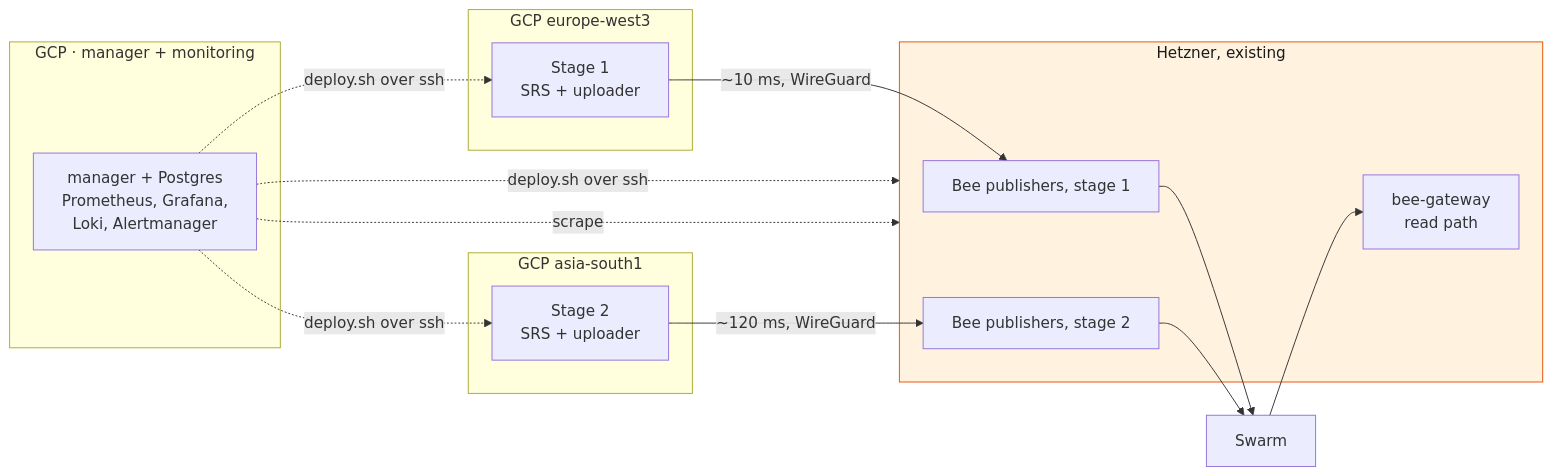
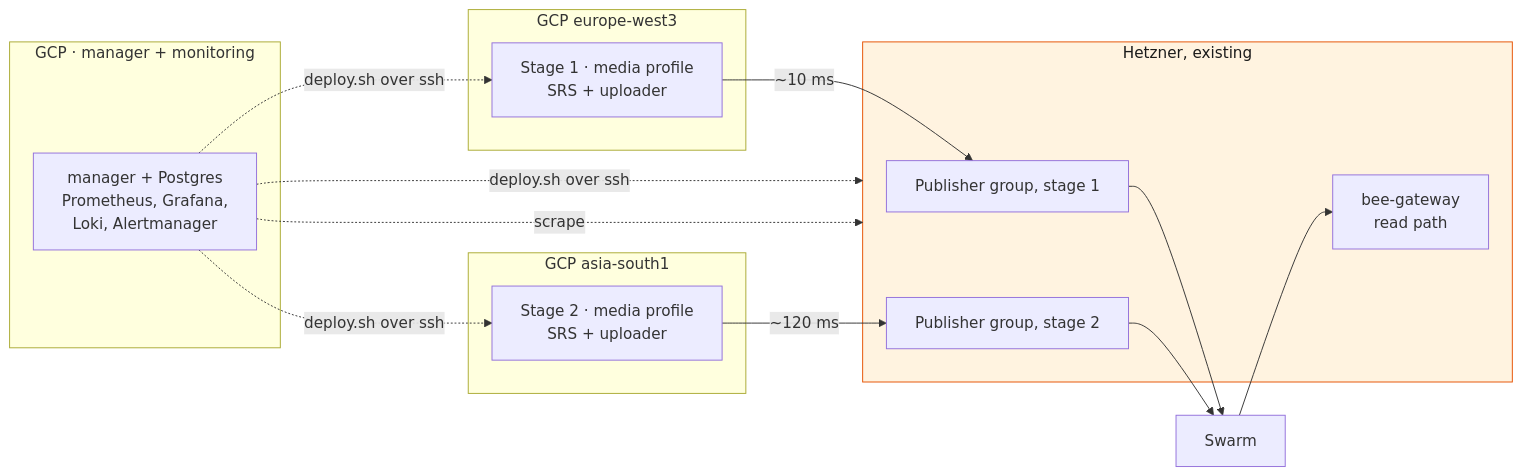
The second of 2 diagrams in two-stage-terraform.md (Solar-Punk-Ltd/streaming-monorepo), drawn with Mermaid before and after one commit. The commit also changed other lines of this file, not shown here.

First line of the commit message:
docs: decouple the publishers from the media profile

````diff
--- a/two-stage-terraform.md
+++ b/two-stage-terraform.md
@@ -199,27 +182,27 @@
 ```mermaid
 flowchart LR
     subgraph FRA["GCP europe-west3"]
-        S1["Stage 1<br/>SRS + uploader"]
+        S1["Stage 1 · media profile<br/>SRS + uploader"]
     end
     subgraph BOM["GCP asia-south1"]
-        S2["Stage 2<br/>SRS + uploader"]
+        S2["Stage 2 · media profile<br/>SRS + uploader"]
     end
     subgraph HET["Hetzner, existing"]
-        B1["Bee publishers, stage 1"]
-        B2["Bee publishers, stage 2"]
+        B1["Publisher group, stage 1"]
+        B2["Publisher group, stage 2"]
         GW["bee-gateway<br/>read path"]
     end
     subgraph MON["GCP · manager + monitoring"]
         M["manager + Postgres<br/>Prometheus, Grafana,<br/>Loki, Alertmanager"]
     end
-    S1 -->|"~10 ms, WireGuard"| B1
-    S2 -->|"~120 ms, WireGuard"| B2
+    S1 -->|"~10 ms"| B1
+    S2 -->|"~120 ms"| B2
     B1 --> SW["Swarm"]
     B2 --> SW
     SW --> GW
     M -.->|"deploy.sh over ssh"| S1
     M -.->|"deploy.sh over ssh"| S2
     M -.->|"deploy.sh over ssh"| HET
     M -.->|"scrape"| HET
     style HET fill:#fff3e0,stroke:#e65100,color:#1a1a1a
 ```
````
